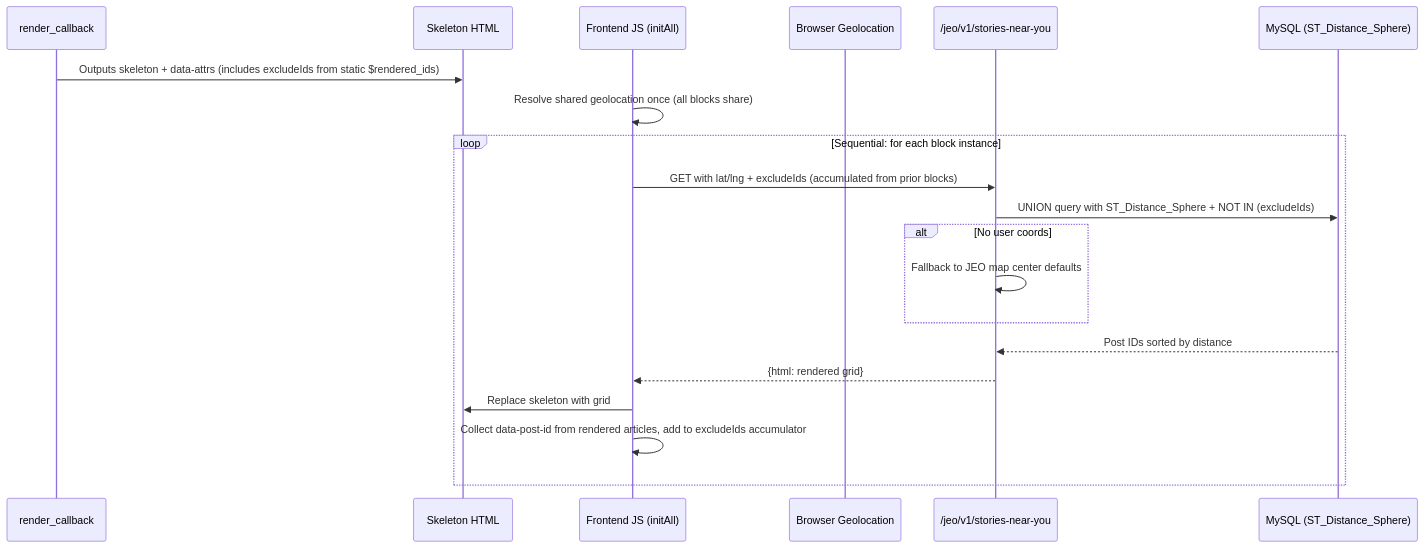
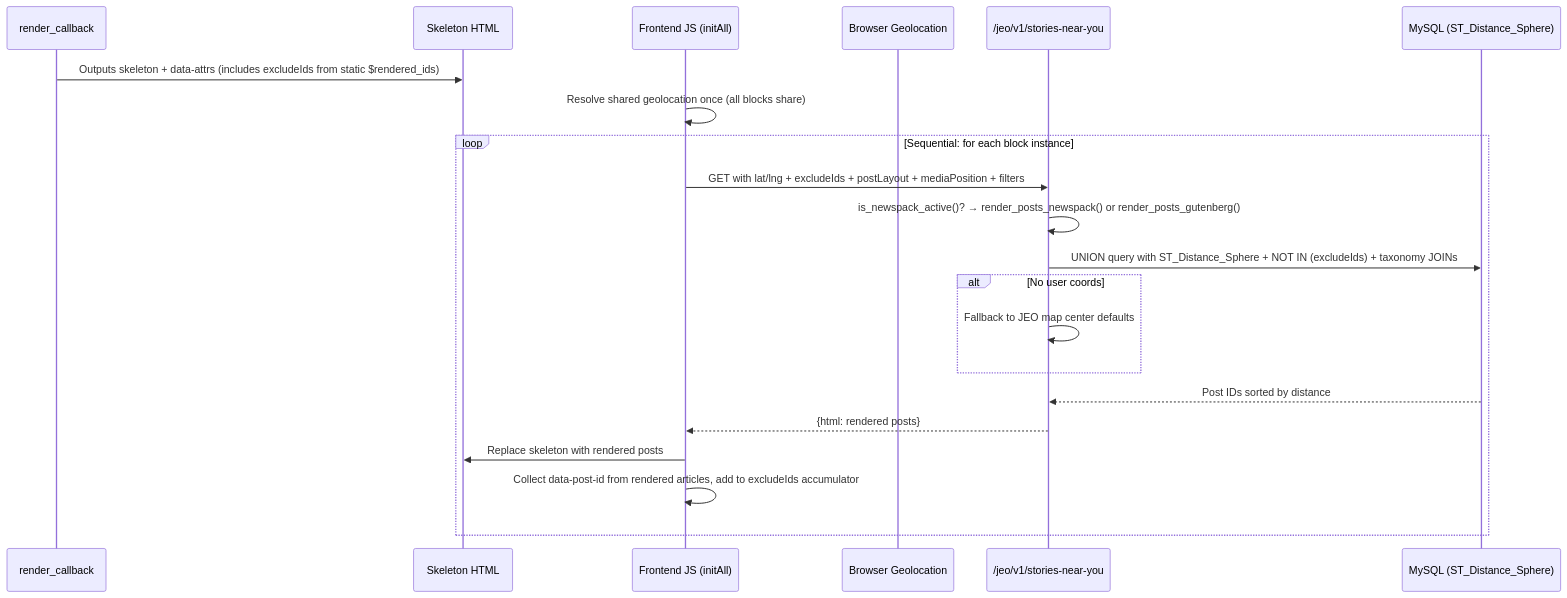
One commit to InfoAmazonia/jeo-plugin changed the diagram in .architecture/stories-near-you/README.md. Above: the diagram before and after it, drawn with Mermaid. The commit also changed other lines of this file and 7 other files, not shown here.

Commit message:
Move Stories Near You towards Newspack Blocks parity

````diff
--- a/.architecture/stories-near-you/README.md
+++ b/.architecture/stories-near-you/README.md
@@ -16,23 +85,24 @@
 ```mermaid
 sequenceDiagram
     participant PHP as render_callback
     participant HTML as Skeleton HTML
     participant JS as Frontend JS (initAll)
     participant GEO as Browser Geolocation
     participant REST as /jeo/v1/stories-near-you
     participant DB as MySQL (ST_Distance_Sphere)
 
     PHP->>HTML: Outputs skeleton + data-attrs (includes excludeIds from static $rendered_ids)
     JS->>JS: Resolve shared geolocation once (all blocks share)
     loop Sequential: for each block instance
-        JS->>REST: GET with lat/lng + excludeIds (accumulated from prior blocks)
-        REST->>DB: UNION query with ST_Distance_Sphere + NOT IN (excludeIds)
+        JS->>REST: GET with lat/lng + excludeIds + postLayout + mediaPosition + filters
+        REST->>REST: is_newspack_active()? → render_posts_newspack() or render_posts_gutenberg()
+        REST->>DB: UNION query with ST_Distance_Sphere + NOT IN (excludeIds) + taxonomy JOINs
         alt No user coords
             REST->>REST: Fallback to JEO map center defaults
         end
         DB-->>REST: Post IDs sorted by distance
-        REST-->>JS: {html: rendered grid}
-        JS->>HTML: Replace skeleton with grid
+        REST-->>JS: {html: rendered posts}
+        JS->>HTML: Replace skeleton with rendered posts
         JS->>JS: Collect data-post-id from rendered articles, add to excludeIds accumulator
     end
 ```
````
